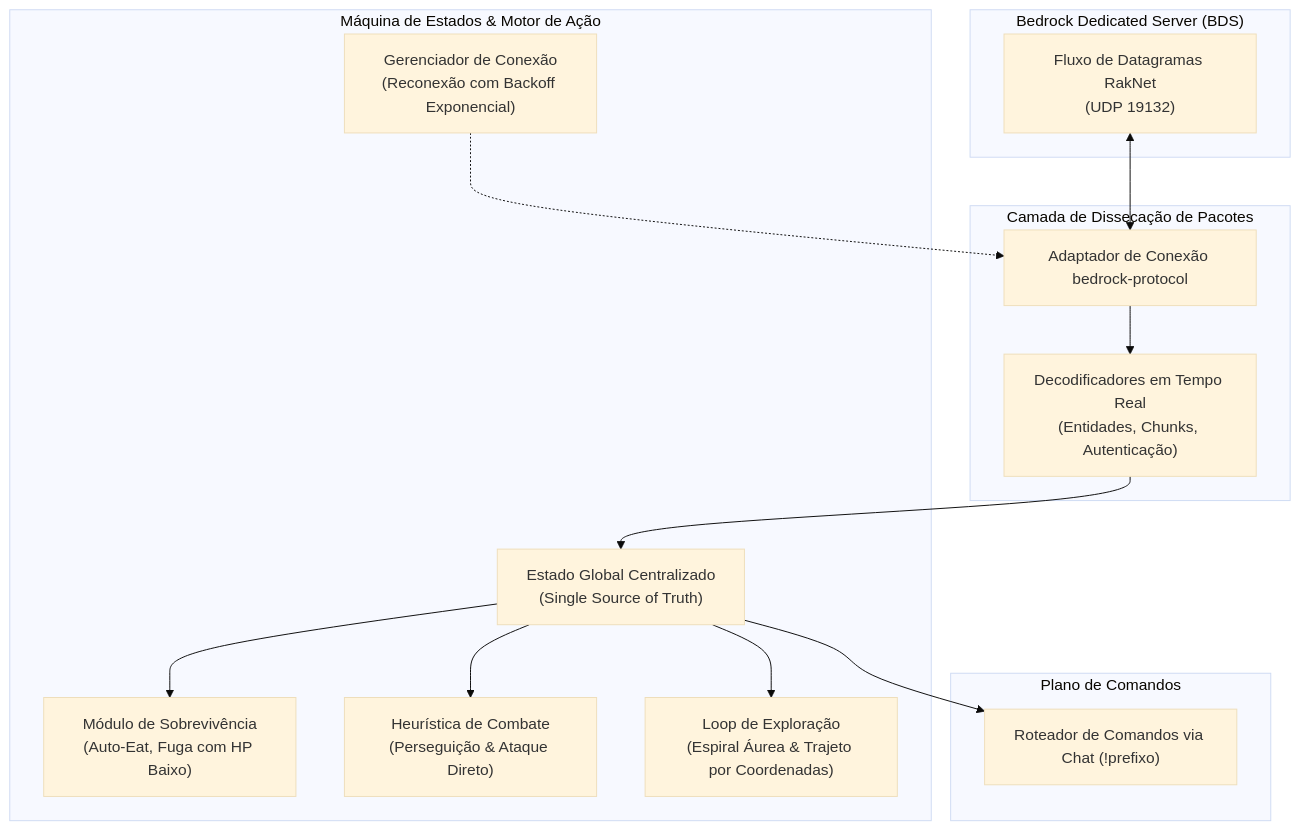
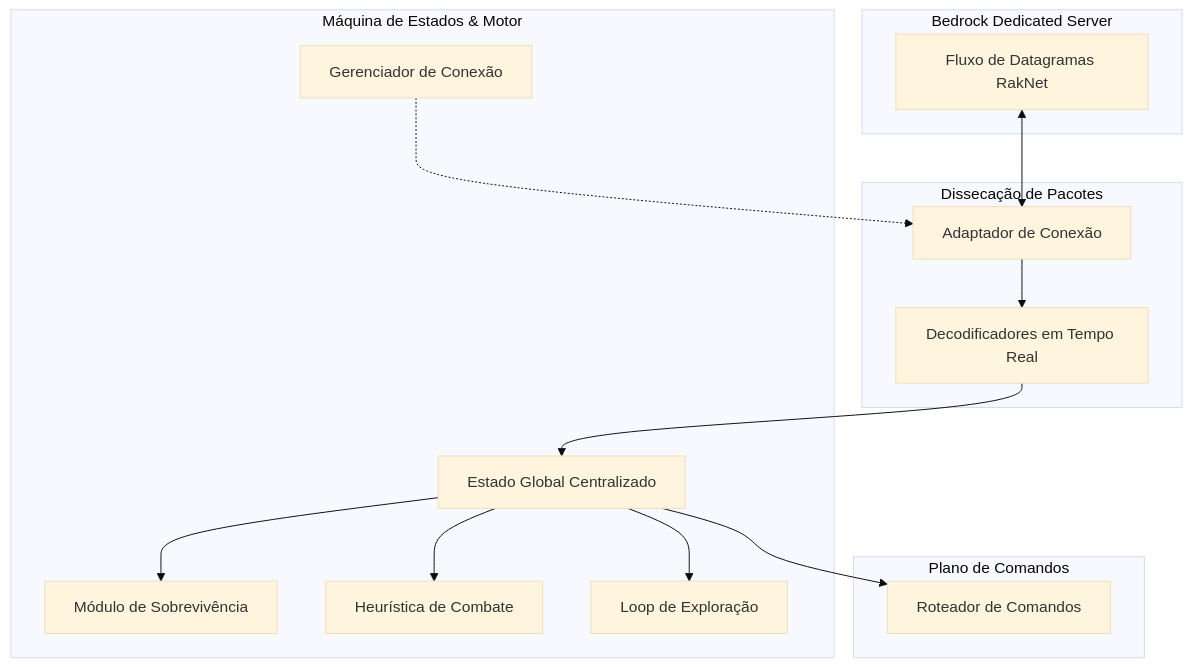
The diagram in README.pt-BR.md (welzim19-star/bedrock-autonomous-agent), drawn with Mermaid (base theme) before and after one commit. The commit also changed 1 other file, not shown here.

Commit message:
fix(diagram): streamline Mermaid node labels to eliminate clipping

````diff
--- a/README.pt-BR.md
+++ b/README.pt-BR.md
@@ -22,32 +22,32 @@
 ```mermaid
 flowchart TD
-    subgraph BDS["Bedrock Dedicated Server (BDS)"]
-        RakNet["Fluxo de Datagramas RakNet\n(UDP 19132)"]
+    subgraph BDS["Bedrock Dedicated Server"]
+        RakNet["Fluxo de Datagramas RakNet"]
     end
 
-    subgraph PROTOCOL_LAYER["Camada de Dissecação de Pacotes"]
-        Listener["Adaptador de Conexão bedrock-protocol"]
-        PacketHandler["Decodificadores em Tempo Real\n(Entidades, Chunks, Autenticação)"]
+    subgraph PROTOCOL_LAYER["Dissecação de Pacotes"]
+        Listener["Adaptador de Conexão"]
+        PacketHandler["Decodificadores em Tempo Real"]
         RakNet <--> Listener
         Listener --> PacketHandler
     end
 
-    subgraph FSM["Máquina de Estados & Motor de Ação"]
-        StateStore["Estado Global Centralizado\n(Single Source of Truth)"]
-        Survival["Módulo de Sobrevivência\n(Auto-Eat, Fuga com HP Baixo)"]
-        Combat["Heurística de Combate\n(Perseguição & Ataque Direto)"]
-        Navigation["Loop de Exploração\n(Espiral Áurea & Trajeto por Coordenadas)"]
-        Reconnector["Gerenciador de Conexão\n(Reconexão com Backoff Exponencial)"]
+    subgraph FSM["Máquina de Estados & Motor"]
+        StateStore["Estado Global Centralizado"]
+        Survival["Módulo de Sobrevivência"]
+        Combat["Heurística de Combate"]
+        Navigation["Loop de Exploração"]
+        Reconnector["Gerenciador de Conexão"]
         
         PacketHandler --> StateStore
         StateStore --> Survival
         StateStore --> Combat
         StateStore --> Navigation
         Reconnector -.-> Listener
     end
 
     subgraph COMMANDS["Plano de Comandos"]
-        ChatRouter["Roteador de Comandos via Chat (!prefixo)"]
+        ChatRouter["Roteador de Comandos"]
         StateStore --> ChatRouter
     end
 ```
````
